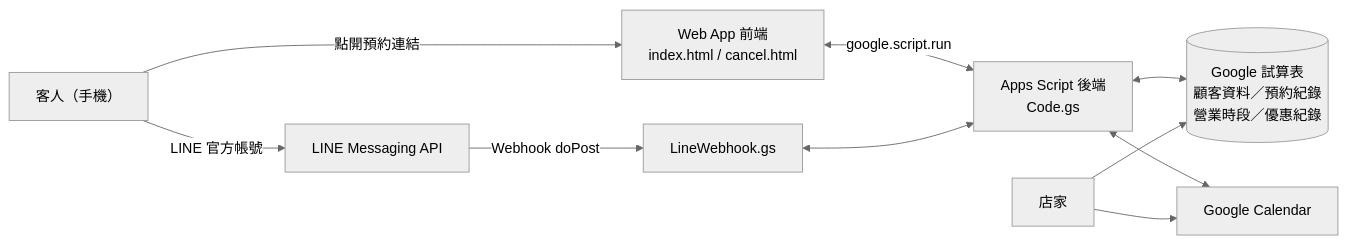
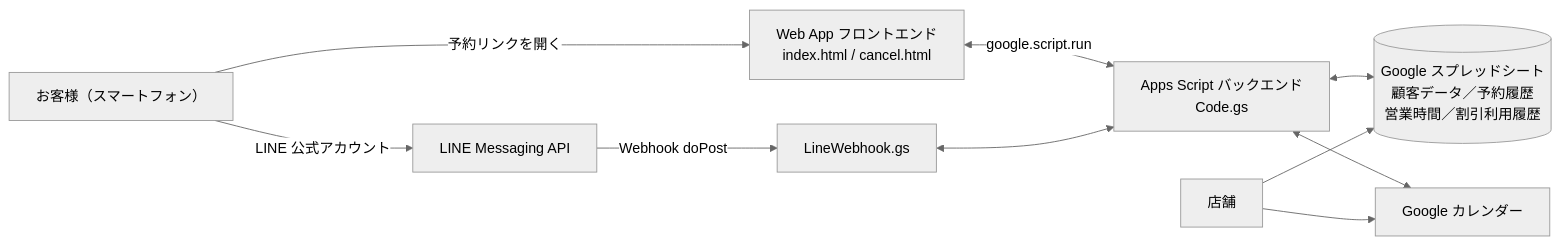
One commit to yvlin3019-svg/beauty-salon-booking-system changed the diagram in README.md. Above: the diagram before and after it, drawn with Mermaid (neutral theme). The commit also changed other lines of this file, not shown here.

````diff
--- a/README.md
+++ b/README.md
@@ -45,12 +49,12 @@
 ```mermaid
 flowchart LR
-    C["客人（手機）"] -->|LINE 官方帳號| L["LINE Messaging API"]
-    C -->|點開預約連結| W["Web App 前端<br/>index.html / cancel.html"]
-    W <-->|google.script.run| G["Apps Script 後端<br/>Code.gs"]
+    C["お客様（スマートフォン）"] -->|LINE 公式アカウント| L["LINE Messaging API"]
+    C -->|予約リンクを開く| W["Web App フロントエンド<br/>index.html / cancel.html"]
+    W <-->|google.script.run| G["Apps Script バックエンド<br/>Code.gs"]
     L -->|Webhook doPost| H["LineWebhook.gs"]
     H <--> G
-    G <--> S[("Google 試算表<br/>顧客資料／預約紀錄<br/>營業時段／優惠紀錄")]
-    G <--> K["Google Calendar"]
-    O["店家"] --> S
+    G <--> S[("Google スプレッドシート<br/>顧客データ／予約履歴<br/>営業時間／割引利用履歴")]
+    G <--> K["Google カレンダー"]
+    O["店舗"] --> S
     O --> K
 ```
````
